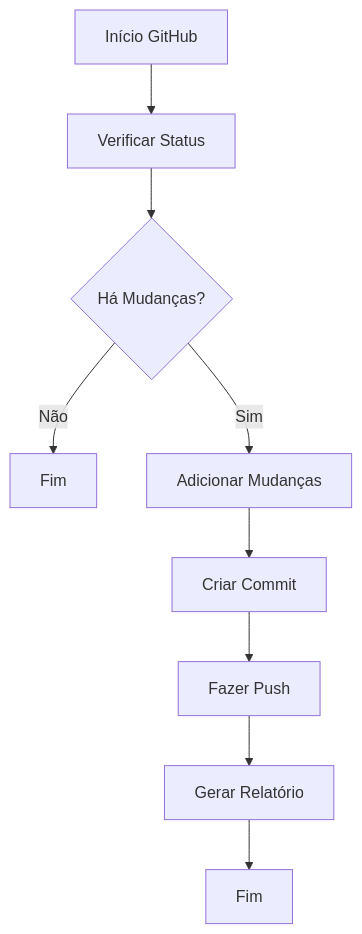
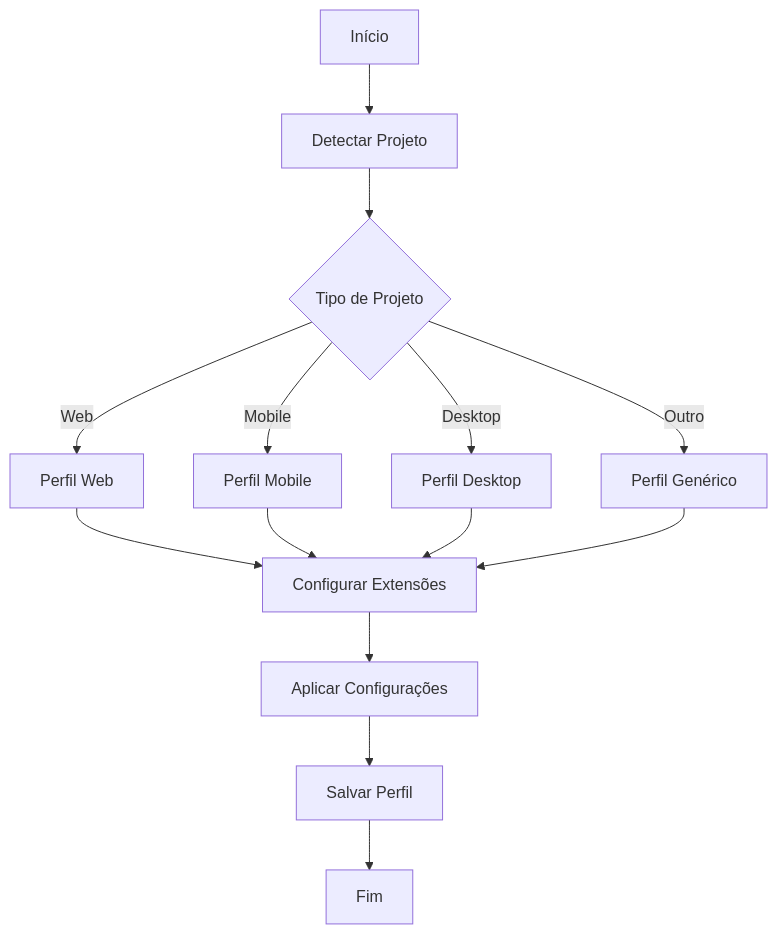
Before and after one commit to JoaoSantosCodes/start-devai: the fifth of 7 diagrams in docs/FLUXOGRAMA.md, drawn with Mermaid. The commit also changed other lines of this file and 2 other files, not shown here.

````diff
--- a/docs/FLUXOGRAMA.md
+++ b/docs/FLUXOGRAMA.md
@@ -53,11 +101,19 @@
 ```mermaid
 graph TD
-    A[Início GitHub] --> B[Verificar Status]
-    B --> C{Há Mudanças?}
-    C -->|Não| D[Fim]
-    C -->|Sim| E[Adicionar Mudanças]
-    E --> F[Criar Commit]
-    F --> G[Fazer Push]
-    G --> H[Gerar Relatório]
-    H --> I[Fim]
+    A[Início] --> B[Detectar Projeto]
+    B --> C{Tipo de Projeto}
+
+    C -->|Web| D[Perfil Web]
+    C -->|Mobile| E[Perfil Mobile]
+    C -->|Desktop| F[Perfil Desktop]
+    C -->|Outro| G[Perfil Genérico]
+
+    D --> H[Configurar Extensões]
+    E --> H
+    F --> H
+    G --> H
+
+    H --> I[Aplicar Configurações]
+    I --> J[Salvar Perfil]
+    J --> K[Fim]
 ```
````
